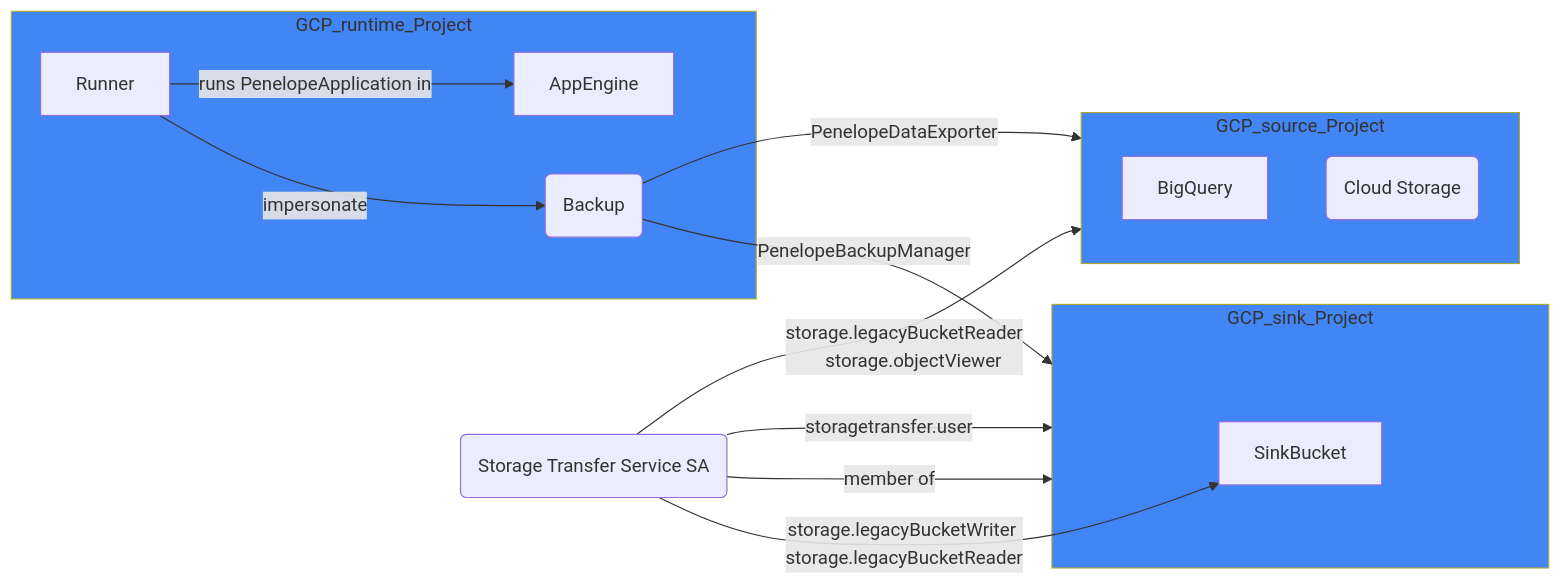
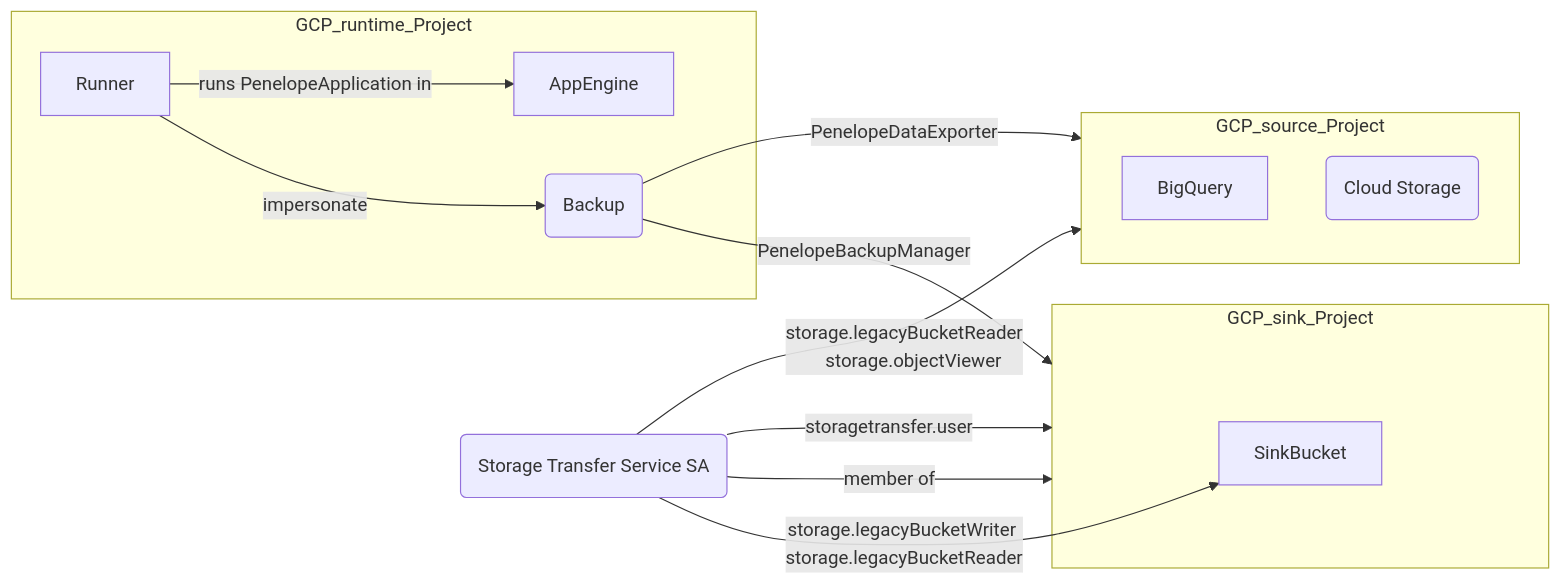
The second of 2 diagrams in Readme.md (ottogroup/penelope), drawn with Mermaid before and after one commit.

Commit message:
fix flowchart for Role and rights concept

````diff
--- a/Readme.md
+++ b/Readme.md
@@ -500,29 +500,24 @@
 ```mermaid
 flowchart LR
     subgraph GCP_source_Project
     BigQuery
     GCS(Cloud Storage)
     end
 
     subgraph GCP_sink_Project
         SinkBucket
     end
     subgraph GCP_runtime_Project
         Backup(Backup)
         Runner--"impersonate"-->Backup
         Runner--"runs PenelopeApplication in"-->AppEngine
     end
     STS--"member of"-->GCP_sink_Project
     Backup--"PenelopeBackupManager"-->GCP_sink_Project
     Backup--"PenelopeDataExporter"-->GCP_source_Project
     STS(Storage Transfer Service SA)--"`storage.legacyBucketWriter 
     storage.legacyBucketReader`"-->SinkBucket
     STS--"storagetransfer.user"-->GCP_sink_Project
     STS--"storage.legacyBucketReader
     storage.objectViewer"-->GCP_source_Project
-
-    classDef blue fill:#4285F4
-    class GCP_sink_Project blue
-    class GCP_source_Project blue
-    class GCP_runtime_Project blue
 ```
````
